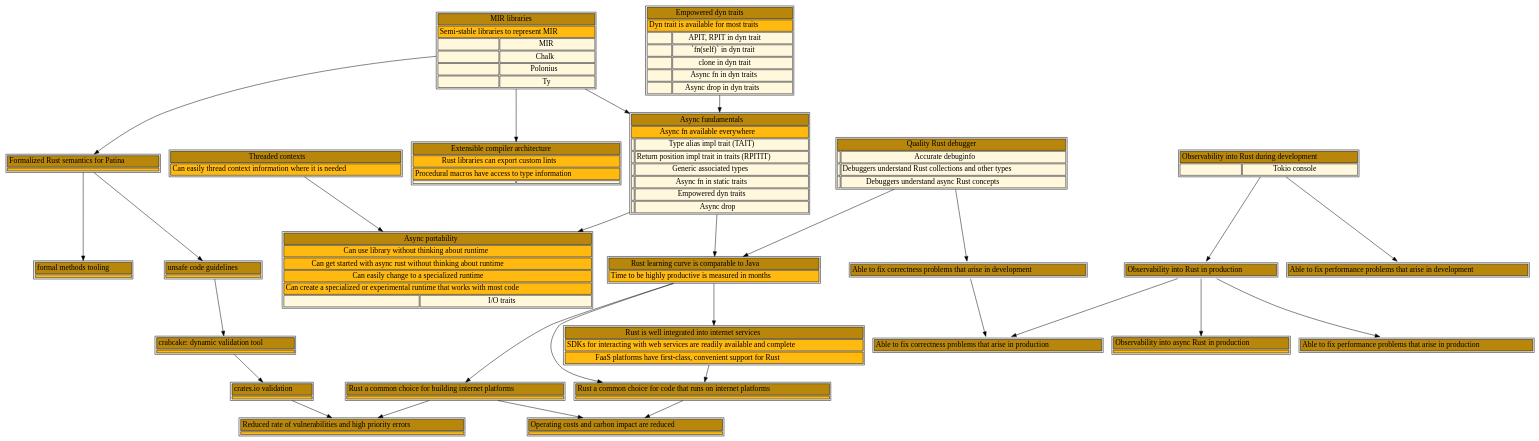
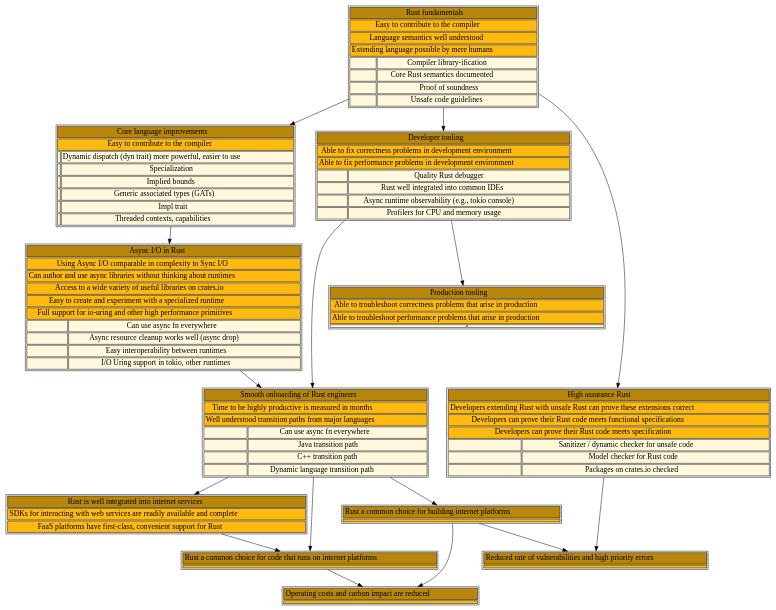
Before and after one commit to nikomatsakis/rust-skill-tree: the diagram in rvd.dot, drawn with Graphviz. The commit also changed 2 other files, not shown here.

```diff
--- a/rvd.dot
+++ b/rvd.dot
@@ -2,140 +2,82 @@
 graph [ rankdir = "TD" ];
 node [ fontsize="16", shape = "ellipse" ];
 edge [ ];
-"mir-library" [
+"fundamentals" [
   label = <<table>
-    <tr><td bgcolor="darkgoldenrod" colspan="2">MIR libraries</td></tr>
-    <tr><td bgcolor="darkgoldenrod1" colspan="2">Semi-stable libraries to represent MIR</td></tr>
-    <tr><td bgcolor="cornsilk"></td><td bgcolor="cornsilk">MIR</td></tr>
-    <tr><td bgcolor="cornsilk"></td><td bgcolor="cornsilk">Chalk</td></tr>
-    <tr><td bgcolor="cornsilk"></td><td bgcolor="cornsilk">Polonius</td></tr>
-    <tr><td bgcolor="cornsilk"></td><td bgcolor="cornsilk">Ty</td></tr>
+    <tr><td bgcolor="darkgoldenrod" colspan="2">Rust fundamentals</td></tr>
+    <tr><td bgcolor="darkgoldenrod1" colspan="2">Easy to contribute to the compiler</td></tr>
+    <tr><td bgcolor="darkgoldenrod1" colspan="2">Language semantics well understood</td></tr>
+    <tr><td bgcolor="darkgoldenrod1" colspan="2">Extending language possible by mere humans</td></tr>
+    <tr><td bgcolor="cornsilk"></td><td bgcolor="cornsilk">Compiler library-ification</td></tr>
+    <tr><td bgcolor="cornsilk"></td><td bgcolor="cornsilk">Core Rust semantics documented</td></tr>
+    <tr><td bgcolor="cornsilk"></td><td bgcolor="cornsilk">Proof of soundness</td></tr>
+    <tr><td bgcolor="cornsilk"></td><td bgcolor="cornsilk">Unsafe code guidelines</td></tr>
   </table>>
   shape = "none"
   margin = 0
 ]
-"compiler-architecture" [
+"core-lang" [
   label = <<table>
-    <tr><td bgcolor="darkgoldenrod" colspan="2">Extensible compiler architecture</td></tr>
-    <tr><td bgcolor="darkgoldenrod1" colspan="2">Rust libraries can export custom lints</td></tr>
-    <tr><td bgcolor="darkgoldenrod1" colspan="2">Procedural macros have access to type information</td></tr>
-    <tr><td bgcolor="cornsilk"></td><td bgcolor="cornsilk"></td></tr>
+    <tr><td bgcolor="darkgoldenrod" colspan="2">Core language improvements</td></tr>
+    <tr><td bgcolor="darkgoldenrod1" colspan="2">Easy to contribute to the compiler</td></tr>
+    <tr><td bgcolor="cornsilk"></td><td bgcolor="cornsilk">Dynamic dispatch (dyn trait) more powerful, easier to use</td></tr>
+    <tr><td bgcolor="cornsilk"></td><td bgcolor="cornsilk">Specialization</td></tr>
+    <tr><td bgcolor="cornsilk"></td><td bgcolor="cornsilk">Implied bounds</td></tr>
+    <tr><td bgcolor="cornsilk"></td><td bgcolor="cornsilk">Generic associated types (GATs)</td></tr>
+    <tr><td bgcolor="cornsilk"></td><td bgcolor="cornsilk">Impl trait</td></tr>
+    <tr><td bgcolor="cornsilk"></td><td bgcolor="cornsilk">Threaded contexts, capabilities</td></tr>
   </table>>
   shape = "none"
   margin = 0
 ]
-"async-fundamentals" [
+"async-lang" [
   label = <<table>
-    <tr><td bgcolor="darkgoldenrod" colspan="2">Async fundamentals</td></tr>
-    <tr><td bgcolor="darkgoldenrod1" colspan="2">Async fn available everywhere</td></tr>
-    <tr><td bgcolor="cornsilk"></td><td bgcolor="cornsilk">Type alias impl trait (TAIT)</td></tr>
-    <tr><td bgcolor="cornsilk"></td><td bgcolor="cornsilk">Return position impl trait in traits (RPITIT)</td></tr>
-    <tr><td bgcolor="cornsilk"></td><td bgcolor="cornsilk">Generic associated types</td></tr>
-    <tr><td bgcolor="cornsilk"></td><td bgcolor="cornsilk">Async fn in static traits</td></tr>
-    <tr><td bgcolor="cornsilk"></td><td bgcolor="cornsilk">Empowered dyn traits</td></tr>
-    <tr><td bgcolor="cornsilk"></td><td bgcolor="cornsilk">Async drop</td></tr>
+    <tr><td bgcolor="darkgoldenrod" colspan="2">Async I/O in Rust</td></tr>
+    <tr><td bgcolor="darkgoldenrod1" colspan="2">Using Async I/O comparable in complexity to Sync I/O</td></tr>
+    <tr><td bgcolor="darkgoldenrod1" colspan="2">Can author and use async libraries without thinking about runtimes</td></tr>
+    <tr><td bgcolor="darkgoldenrod1" colspan="2">Access to a wide variety of useful libraries on crates.io</td></tr>
+    <tr><td bgcolor="darkgoldenrod1" colspan="2">Easy to create and experiment with a specialized runtime</td></tr>
+    <tr><td bgcolor="darkgoldenrod1" colspan="2">Full support for io-uring and other high performance primitives</td></tr>
+    <tr><td bgcolor="cornsilk"></td><td bgcolor="cornsilk">Can use async fn everywhere</td></tr>
+    <tr><td bgcolor="cornsilk"></td><td bgcolor="cornsilk">Async resource cleanup works well (async drop)</td></tr>
+    <tr><td bgcolor="cornsilk"></td><td bgcolor="cornsilk">Easy interoperability between runtimes</td></tr>
+    <tr><td bgcolor="cornsilk"></td><td bgcolor="cornsilk">I/O Uring support in tokio, other runtimes</td></tr>
   </table>>
   shape = "none"
   margin = 0
 ]
-"empowered-dyn" [
+"onboarding-time" [
   label = <<table>
-    <tr><td bgcolor="darkgoldenrod" colspan="2">Empowered dyn traits</td></tr>
-    <tr><td bgcolor="darkgoldenrod1" colspan="2">Dyn trait is available for most traits</td></tr>
-    <tr><td bgcolor="cornsilk"></td><td bgcolor="cornsilk">APIT, RPIT in dyn trait</td></tr>
-    <tr><td bgcolor="cornsilk"></td><td bgcolor="cornsilk">`fn(self)` in dyn trait</td></tr>
-    <tr><td bgcolor="cornsilk"></td><td bgcolor="cornsilk">clone in dyn trait</td></tr>
-    <tr><td bgcolor="cornsilk"></td><td bgcolor="cornsilk">Async fn in dyn traits</td></tr>
-    <tr><td bgcolor="cornsilk"></td><td bgcolor="cornsilk">Async drop in dyn traits</td></tr>
+    <tr><td bgcolor="darkgoldenrod" colspan="2">Smooth onboarding of Rust engineers</td></tr>
+    <tr><td bgcolor="darkgoldenrod1" colspan="2">Time to be highly productive is measured in months</td></tr>
+    <tr><td bgcolor="darkgoldenrod1" colspan="2">Well understood transition paths from major languages</td></tr>
+    <tr><td bgcolor="cornsilk"></td><td bgcolor="cornsilk">Can use async fn everywhere</td></tr>
+    <tr><td bgcolor="cornsilk"></td><td bgcolor="cornsilk">Java transition path</td></tr>
+    <tr><td bgcolor="cornsilk"></td><td bgcolor="cornsilk">C++ transition path</td></tr>
+    <tr><td bgcolor="cornsilk"></td><td bgcolor="cornsilk">Dynamic language transition path</td></tr>
   </table>>
   shape = "none"
   margin = 0
 ]
-"async-portability" [
+"dev-tooling" [
   label = <<table>
-    <tr><td bgcolor="darkgoldenrod" colspan="2">Async portability</td></tr>
-    <tr><td bgcolor="darkgoldenrod1" colspan="2">Can use library without thinking about runtime</td></tr>
-    <tr><td bgcolor="darkgoldenrod1" colspan="2">Can get started with async rust without thinking about runtime</td></tr>
-    <tr><td bgcolor="darkgoldenrod1" colspan="2">Can easily change to a specialized runtime</td></tr>
-    <tr><td bgcolor="darkgoldenrod1" colspan="2">Can create a specialized or experimental runtime that works with most code</td></tr>
-    <tr><td bgcolor="cornsilk"></td><td bgcolor="cornsilk">I/O traits</td></tr>
+    <tr><td bgcolor="darkgoldenrod" colspan="2">Developer tooling</td></tr>
+    <tr><td bgcolor="darkgoldenrod1" colspan="2">Able to fix correctness problems in development environment</td></tr>
+    <tr><td bgcolor="darkgoldenrod1" colspan="2">Able to fix performance problems in development environment</td></tr>
+    <tr><td bgcolor="cornsilk"></td><td bgcolor="cornsilk">Quality Rust debugger</td></tr>
+    <tr><td bgcolor="cornsilk"></td><td bgcolor="cornsilk">Rust well integrated into common IDEs</td></tr>
+    <tr><td bgcolor="cornsilk"></td><td bgcolor="cornsilk">Async runtime observability (e.g., tokio console)</td></tr>
+    <tr><td bgcolor="cornsilk"></td><td bgcolor="cornsilk">Profilers for CPU and memory usage</td></tr>
   </table>>
   shape = "none"
   margin = 0
 ]
-"threaded-contexts" [
+"prod-tooling" [
   label = <<table>
-    <tr><td bgcolor="darkgoldenrod" colspan="2">Threaded contexts</td></tr>
-    <tr><td bgcolor="darkgoldenrod1" colspan="2">Can easily thread context information where it is needed</td></tr>
-  </table>>
-  shape = "none"
-  margin = 0
-]
-"comparable-learning-curve" [
-  label = <<table>
-    <tr><td bgcolor="darkgoldenrod" colspan="2">Rust learning curve is comparable to Java</td></tr>
-    <tr><td bgcolor="darkgoldenrod1" colspan="2">Time to be highly productive is measured in months</td></tr>
-  </table>>
-  shape = "none"
-  margin = 0
-]
-"quality-debugger" [
-  label = <<table>
-    <tr><td bgcolor="darkgoldenrod" colspan="2">Quality Rust debugger</td></tr>
-    <tr><td bgcolor="cornsilk"></td><td bgcolor="cornsilk">Accurate debuginfo</td></tr>
-    <tr><td bgcolor="cornsilk"></td><td bgcolor="cornsilk">Debuggers understand Rust collections and other types</td></tr>
-    <tr><td bgcolor="cornsilk"></td><td bgcolor="cornsilk">Debuggers understand async Rust concepts</td></tr>
-  </table>>
-  shape = "none"
-  margin = 0
-]
-"correctness-in-dev" [
-  label = <<table>
-    <tr><td bgcolor="darkgoldenrod" colspan="2">Able to fix correctness problems that arise in development</td></tr>
-  </table>>
-  shape = "none"
-  margin = 0
-]
-"correctness-in-prod" [
-  label = <<table>
-    <tr><td bgcolor="darkgoldenrod" colspan="2">Able to fix correctness problems that arise in production</td></tr>
-  </table>>
-  shape = "none"
-  margin = 0
-]
-"observability-in-dev" [
-  label = <<table>
-    <tr><td bgcolor="darkgoldenrod" colspan="2">Observability into Rust during development</td></tr>
-    <tr><td bgcolor="cornsilk"></td><td bgcolor="cornsilk">Tokio console</td></tr>
-  </table>>
-  shape = "none"
-  margin = 0
-]
-"performance-in-dev" [
-  label = <<table>
-    <tr><td bgcolor="darkgoldenrod" colspan="2">Able to fix performance problems that arise in development</td></tr>
-  </table>>
-  shape = "none"
-  margin = 0
-]
-"performance-in-prod" [
-  label = <<table>
-    <tr><td bgcolor="darkgoldenrod" colspan="2">Able to fix performance problems that arise in production</td></tr>
-  </table>>
-  shape = "none"
-  margin = 0
-]
-"observability-in-prod" [
-  label = <<table>
-    <tr><td bgcolor="darkgoldenrod" colspan="2">Observability into Rust in production</td></tr>
-  </table>>
-  shape = "none"
-  margin = 0
-]
-"async-observability-in-prod" [
-  label = <<table>
-    <tr><td bgcolor="darkgoldenrod" colspan="2">Observability into async Rust in production</td></tr>
-    <tr><td bgcolor="darkgoldenrod1" colspan="2"></td></tr>
+    <tr><td bgcolor="darkgoldenrod" colspan="2">Production tooling</td></tr>
+    <tr><td bgcolor="darkgoldenrod1" colspan="2">Able to troubleshoot correctness problems that arise in production</td></tr>
+    <tr><td bgcolor="darkgoldenrod1" colspan="2">Able to troubleshoot performance problems that arise in production</td></tr>
+    <tr><td bgcolor="cornsilk"></td><td bgcolor="cornsilk"></td></tr>
   </table>>
   shape = "none"
   margin = 0
@@ -173,42 +115,15 @@
   shape = "none"
   margin = 0
 ]
-"patina" [
+"high-assurance" [
   label = <<table>
-    <tr><td bgcolor="darkgoldenrod" colspan="2">Formalized Rust semantics for Patina</td></tr>
-    <tr><td bgcolor="darkgoldenrod1" colspan="2"></td></tr>
-  </table>>
-  shape = "none"
-  margin = 0
-]
-"ucg" [
-  label = <<table>
-    <tr><td bgcolor="darkgoldenrod" colspan="2">unsafe code guidelines</td></tr>
-    <tr><td bgcolor="darkgoldenrod1" colspan="2"></td></tr>
-  </table>>
-  shape = "none"
-  margin = 0
-]
-"formal-methods-tooling" [
-  label = <<table>
-    <tr><td bgcolor="darkgoldenrod" colspan="2">formal methods tooling</td></tr>
-    <tr><td bgcolor="darkgoldenrod1" colspan="2"></td></tr>
-  </table>>
-  shape = "none"
-  margin = 0
-]
-"crabcake" [
-  label = <<table>
-    <tr><td bgcolor="darkgoldenrod" colspan="2">crabcake: dynamic validation tool</td></tr>
-    <tr><td bgcolor="darkgoldenrod1" colspan="2"></td></tr>
-  </table>>
-  shape = "none"
-  margin = 0
-]
-"crates-io-validation" [
-  label = <<table>
-    <tr><td bgcolor="darkgoldenrod" colspan="2">crates.io validation</td></tr>
-    <tr><td bgcolor="darkgoldenrod1" colspan="2"></td></tr>
+    <tr><td bgcolor="darkgoldenrod" colspan="2">High assurance Rust</td></tr>
+    <tr><td bgcolor="darkgoldenrod1" colspan="2">Developers extending Rust with unsafe Rust can prove these extensions correct</td></tr>
+    <tr><td bgcolor="darkgoldenrod1" colspan="2">Developers can prove their Rust code meets functional specifications</td></tr>
+    <tr><td bgcolor="darkgoldenrod1" colspan="2">Developers can prove their Rust code meets specification</td></tr>
+    <tr><td bgcolor="cornsilk"></td><td bgcolor="cornsilk">Sanitizer / dynamic checker for unsafe code</td></tr>
+    <tr><td bgcolor="cornsilk"></td><td bgcolor="cornsilk">Model checker for Rust code</td></tr>
+    <tr><td bgcolor="cornsilk"></td><td bgcolor="cornsilk">Packages on crates.io checked</td></tr>
   </table>>
   shape = "none"
   margin = 0
@@ -221,31 +136,19 @@
   shape = "none"
   margin = 0
 ]
-"mir-library" -> "compiler-architecture";
-"mir-library" -> "async-fundamentals";
-"empowered-dyn" -> "async-fundamentals";
-"threaded-contexts" -> "async-portability";
-"async-fundamentals" -> "async-portability";
-"quality-debugger" -> "comparable-learning-curve";
-"async-fundamentals" -> "comparable-learning-curve";
-"quality-debugger" -> "correctness-in-dev";
-"correctness-in-dev" -> "correctness-in-prod";
-"observability-in-prod" -> "correctness-in-prod";
-"observability-in-dev" -> "performance-in-dev";
-"observability-in-prod" -> "performance-in-prod";
-"observability-in-dev" -> "observability-in-prod";
-"observability-in-prod" -> "async-observability-in-prod";
-"comparable-learning-curve" -> "building-internet-services";
-"comparable-learning-curve" -> "well-integrated-into-internet-services";
-"comparable-learning-curve" -> "using-internet-services";
+"fundamentals" -> "core-lang";
+"core-lang" -> "async-lang";
+"dev-tooling" -> "onboarding-time";
+"async-lang" -> "onboarding-time";
+"fundamentals" -> "dev-tooling";
+"dev-tooling" -> "prod-tooling";
+"onboarding-time" -> "building-internet-services";
+"onboarding-time" -> "well-integrated-into-internet-services";
+"onboarding-time" -> "using-internet-services";
 "well-integrated-into-internet-services" -> "using-internet-services";
 "using-internet-services" -> "reduced-operating-costs";
 "building-internet-services" -> "reduced-operating-costs";
-"mir-library" -> "patina";
-"patina" -> "ucg";
-"patina" -> "formal-methods-tooling";
-"ucg" -> "crabcake";
-"crabcake" -> "crates-io-validation";
-"crates-io-validation" -> "reduced-vulnerabilities";
+"fundamentals" -> "high-assurance";
+"high-assurance" -> "reduced-vulnerabilities";
 "building-internet-services" -> "reduced-vulnerabilities";
 }
```
